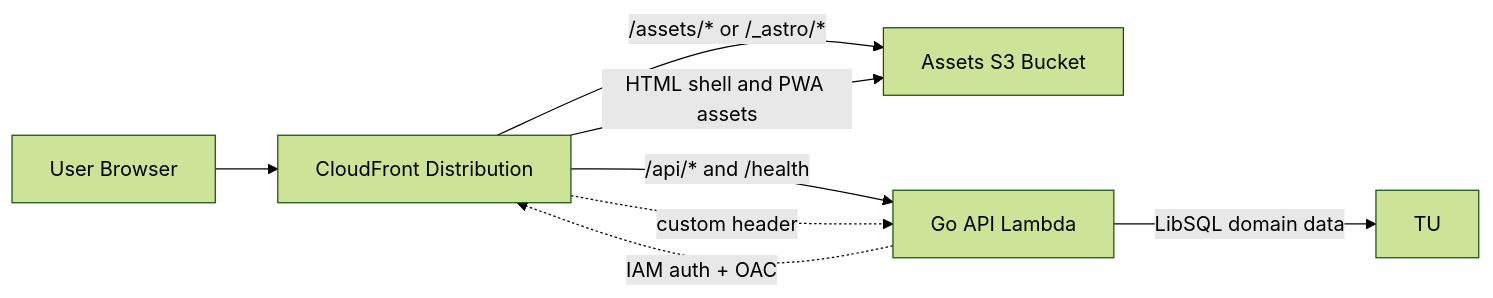
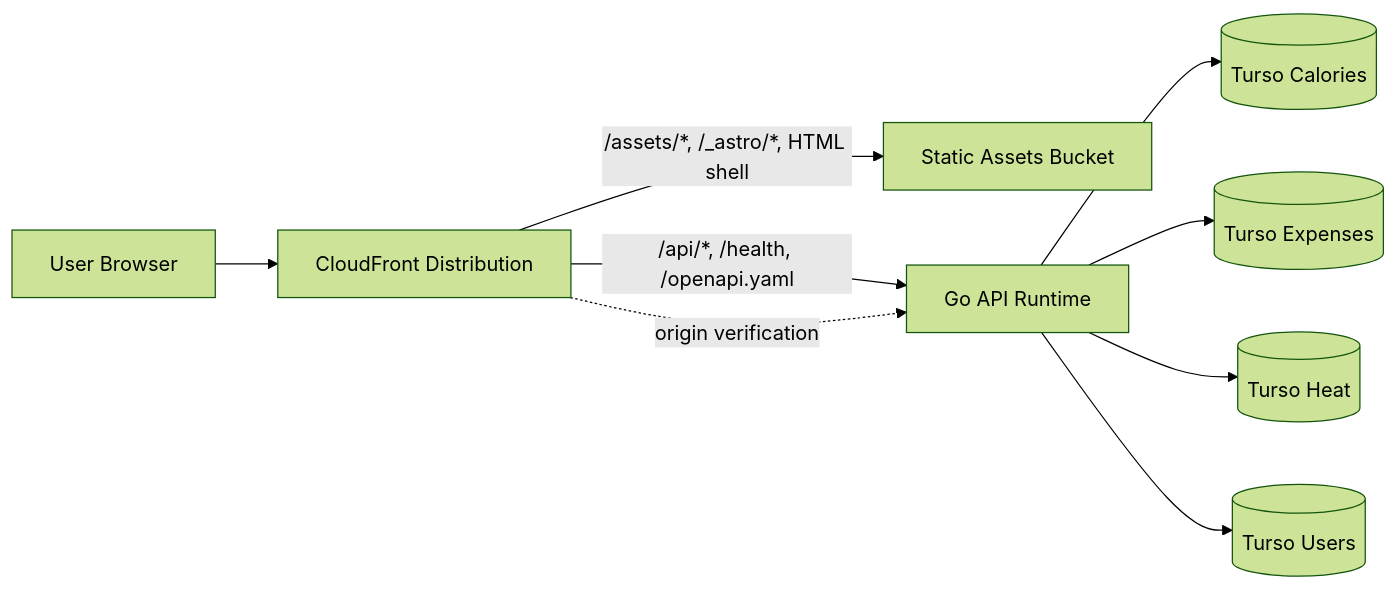
The diagram in docs/ARCHITECTURE.md (Hughzu/trackstack), drawn with Mermaid (forest theme) before and after one commit. The commit also changed other lines of this file and 1 other file, not shown here.

````diff
--- a/docs/ARCHITECTURE.md
+++ b/docs/ARCHITECTURE.md
@@ -7,11 +9,12 @@
 ```mermaid
 flowchart LR
   U[User Browser] --> CF[CloudFront Distribution]
-  CF -->|/assets/* or /_astro/*| S3[Assets S3 Bucket]
-  CF -->|HTML shell and PWA assets| S3
-  CF -->|/api/* and /health| GFL[Go API Lambda]
-  GFL -->|LibSQL domain data| TU
+  CF -->|/assets/*, /_astro/*, HTML shell| S3[Static Assets Bucket]
+  CF -->|/api/*, /health, /openapi.yaml| API[Go API Runtime]
+  API --> CAL[(Turso Calories)]
+  API --> EXP[(Turso Expenses)]
+  API --> HEAT[(Turso Heat)]
+  API --> USERS[(Turso Users)]
 
-  CF -. custom header .-> GFL
-  GFL -. IAM auth + OAC .-> CF
+  CF -. origin verification .-> API
 ```
````
